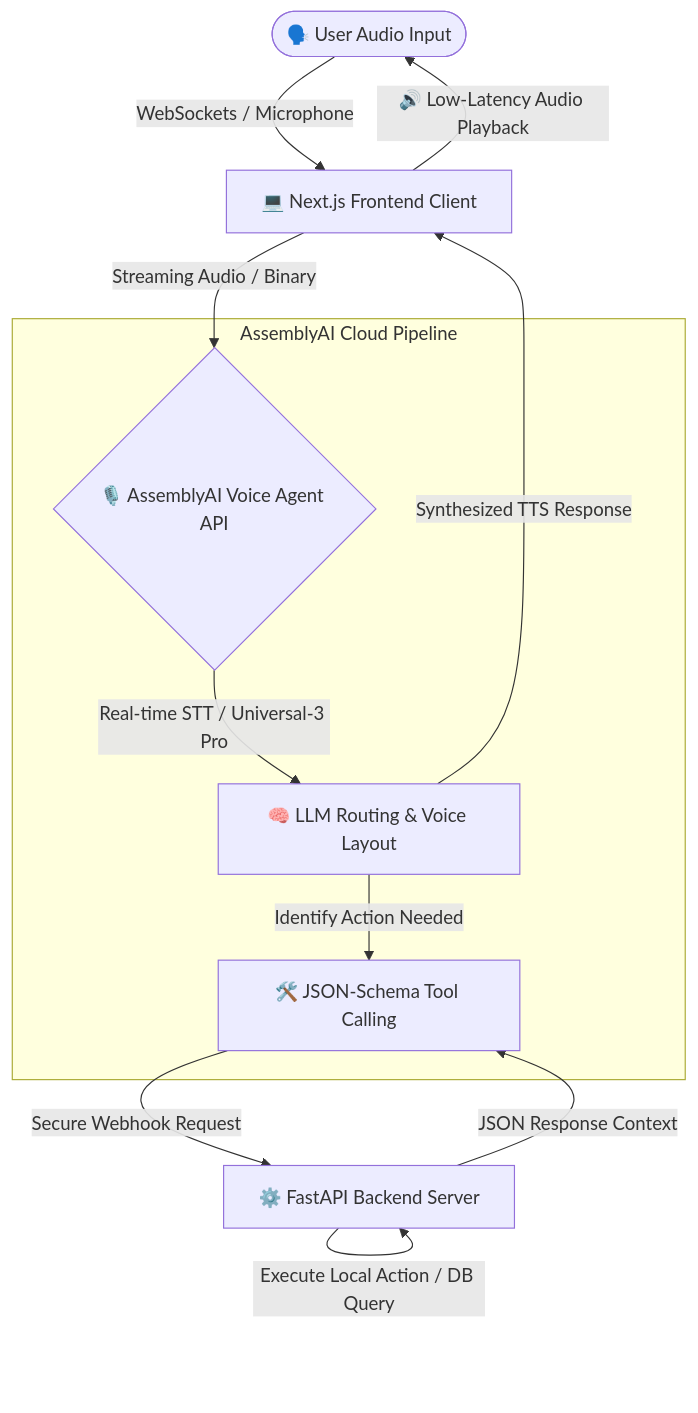
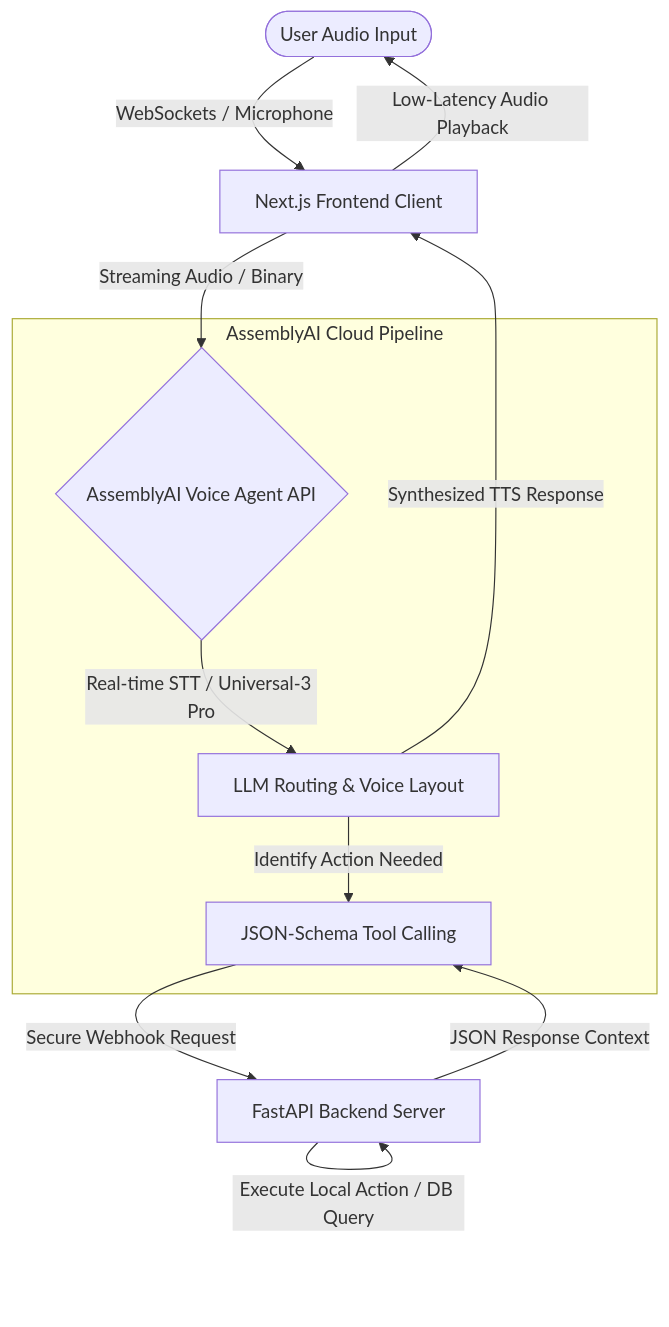
Before and after one commit to RAH333/echologic-voice-agent: the diagram in README.md, drawn with Mermaid. The commit also changed other lines of this file, not shown here.

````diff
--- a/README.md
+++ b/README.md
@@ -53,17 +53,17 @@
 ```mermaid
 graph TD
-    User([🗣️ User Audio Input]) -->|WebSockets / Microphone| FE[💻 Next.js Frontend Client]
-    FE -->|Streaming Audio / Binary| AAI_API{🎙️ AssemblyAI Voice Agent API}
+    User([User Audio Input]) -->|WebSockets / Microphone| FE[Next.js Frontend Client]
+    FE -->|Streaming Audio / Binary| AAI_API{AssemblyAI Voice Agent API}
     
     subgraph AssemblyAI Cloud Pipeline
-        AAI_API -->|Real-time STT / Universal-3 Pro| LLM[🧠 LLM Routing & Voice Layout]
-        LLM -->|Identify Action Needed| ToolsCall[🛠️ JSON-Schema Tool Calling]
+        AAI_API -->|Real-time STT / Universal-3 Pro| LLM[LLM Routing & Voice Layout]
+        LLM -->|Identify Action Needed| ToolsCall[JSON-Schema Tool Calling]
     end
 
-    ToolsCall -->|Secure Webhook Request| BE[⚙️ FastAPI Backend Server]
+    ToolsCall -->|Secure Webhook Request| BE[FastAPI Backend Server]
     BE -->|Execute Local Action / DB Query| BE
     BE -->|JSON Response Context| ToolsCall
     
     LLM -->|Synthesized TTS Response| FE
-    FE -->|🔊 Low-Latency Audio Playback| User
+    FE -->|Low-Latency Audio Playback| User
 ```
````
